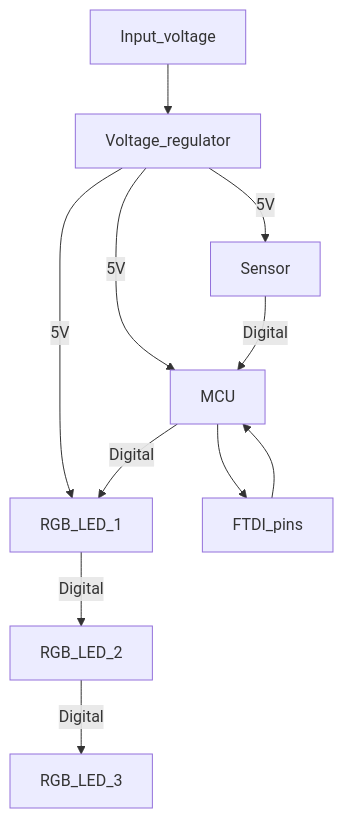
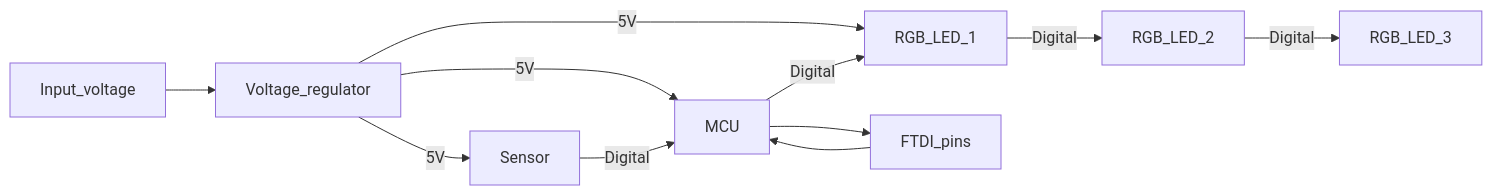
The first of 2 diagrams in README.md (taunoe/Kolm_silma), drawn with Mermaid before and after one commit. The commit also changed other lines of this file and 1 other file, not shown here.

````diff
--- a/README.md
+++ b/README.md
@@ -13,13 +13,13 @@
 ```mermaid
-  graph TD;
+  graph LR;
       Input_voltage-->Voltage_regulator;
       Voltage_regulator-->|5V|MCU;
       Voltage_regulator-->|5V|Sensor;
       Voltage_regulator-->|5V|RGB_LED_1;
       FTDI_pins-->MCU;
       Sensor-->|Digital|MCU;
       MCU-->FTDI_pins;
       MCU-->|Digital|RGB_LED_1;
       RGB_LED_1-->|Digital|RGB_LED_2;
       RGB_LED_2-->|Digital|RGB_LED_3;
 ```
````
